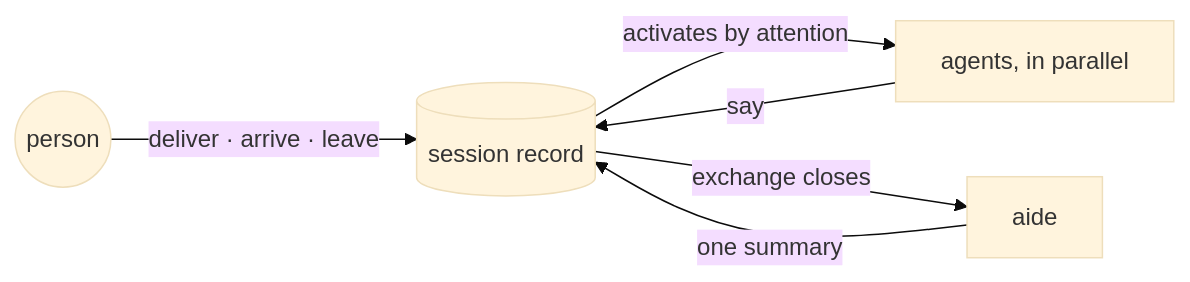
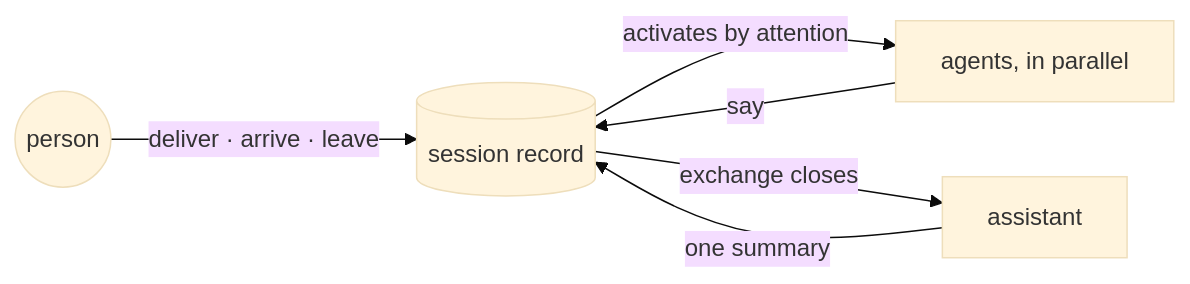
Before and after one commit to ambionframework/ambion: the diagram in README.md, drawn with Mermaid (base theme). The commit also changed other lines of this file and 22 other files, not shown here.

First line of the commit message:
Rename aide to assistant, and make it required on defineHuman

````diff
--- a/README.md
+++ b/README.md
@@ -53,8 +53,8 @@
 ```mermaid
 flowchart LR
     P((person)) -- "deliver · arrive · leave" --> R[(session record)]
     R -- "activates by attention" --> A["agents, in parallel"]
     A -- "say" --> R
-    R -- "exchange closes" --> D[aide]
+    R -- "exchange closes" --> D[assistant]
     D -- "one summary" --> R
 ```
````
